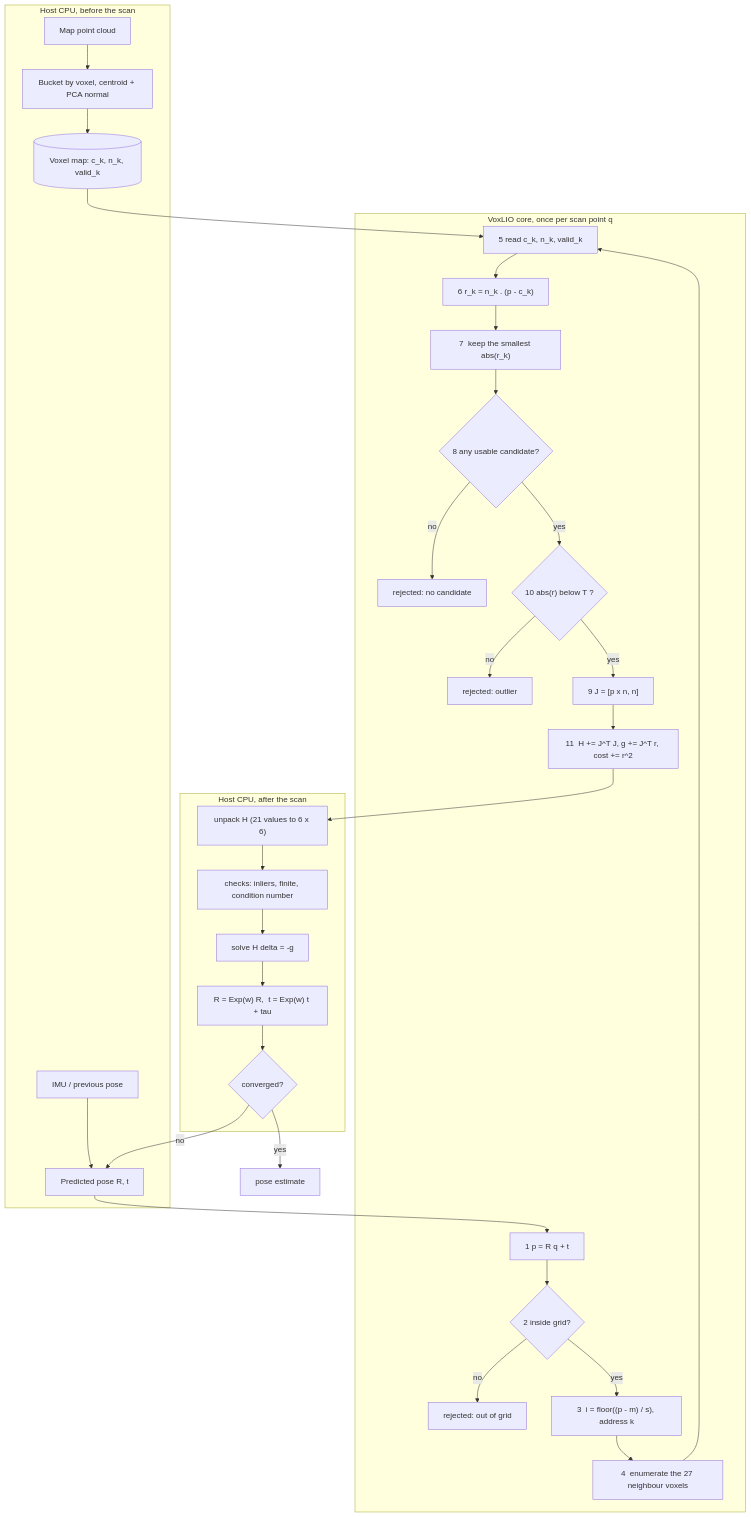
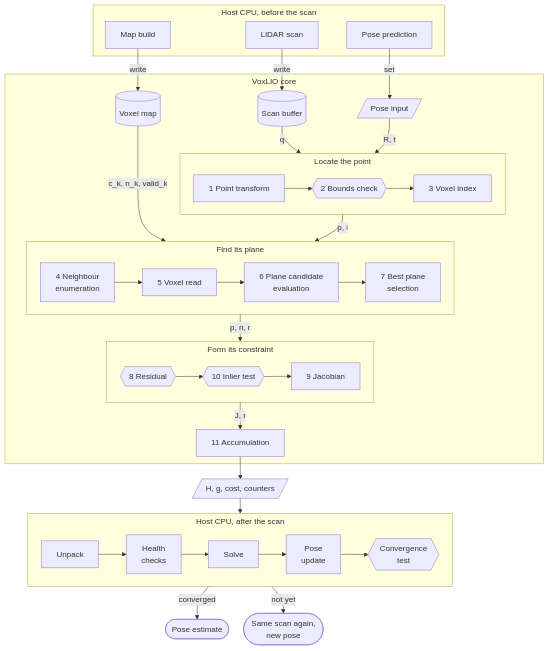
One commit to HengkerGila/VoxLIO_hackathon changed the diagram in docs/mathematics.md. Above: the diagram before and after it, drawn with Mermaid. The commit also changed other lines of this file and 1 other file, not shown here.

````diff
--- a/docs/mathematics.md
+++ b/docs/mathematics.md
@@ -9,37 +9,52 @@
 ```mermaid
+%%{init: {"flowchart": {"nodeSpacing": 30, "rankSpacing": 30, "subGraphTitleMargin": {"top": 4, "bottom": 14}}}}%%
 flowchart TD
+    %% Layout rules (they keep the rows horizontal on Mermaid 10 to 12):
+    %% link a row only as a whole box, and only to its neighbours inside the
+    %% same parent box; cross a box border only between plain nodes; no
+    %% arrow may loop back.
     subgraph BEFORE["Host CPU, before the scan"]
-        A1["Map point cloud"] --> A2["Bucket by voxel, centroid + PCA normal"]
-        A2 --> A3[("Voxel map: c_k, n_k, valid_k")]
-        A4["IMU / previous pose"] --> A5["Predicted pose R, t"]
+        MAP["Map build"]
+        SCAN["LiDAR scan"]
+        POSE["Pose prediction"]
     end
 
-    subgraph CORE["VoxLIO core, once per scan point q"]
-        B1["1  p = R q + t"] --> B2{"2  inside grid?"}
-        B2 -- no --> X1["rejected: out of grid"]
-        B2 -- yes --> B3["3  i = floor((p - m) / s), address k"]
-        B3 --> B4["4  enumerate the 27 neighbour voxels"]
-        B4 --> B5["5  read c_k, n_k, valid_k"]
-        B5 --> B6["6  r_k = n_k . (p - c_k)"]
-        B6 --> B7["7  keep the smallest abs(r_k)"]
-        B7 --> B8{"8  any usable candidate?"}
-        B8 -- no --> X2["rejected: no candidate"]
-        B8 -- yes --> B10{"10  abs(r) below T ?"}
-        B10 -- no --> X3["rejected: outlier"]
-        B10 -- yes --> B9["9  J = [p x n, n]"]
-        B9 --> B11["11  H += J^T J, g += J^T r, cost += r^2"]
+    subgraph CORE["VoxLIO core"]
+        VM[("Voxel map")]
+        SB[("Scan buffer")]
+        PIN[/"Pose input"/]
+        subgraph LOCATE["Locate the point"]
+            direction LR
+            S1["1 Point transform"] --> S2{{"2 Bounds check"}} --> S3["3 Voxel index"]
+        end
+        subgraph SEARCH["Find its plane"]
+            direction LR
+            S4["4 Neighbour<br/>enumeration"] --> S5["5 Voxel read"] --> S6["6 Plane candidate<br/>evaluation"] --> S7["7 Best plane<br/>selection"]
+        end
+        subgraph CONSTRAINT["Form its constraint"]
+            direction LR
+            S8{{"8 Residual"}} --> S10{{"10 Inlier test"}} --> S9["9 Jacobian"]
+        end
+        S11["11 Accumulation"]
+        SB -- "q" --> LOCATE
+        PIN -- "R, t" --> LOCATE
+        VM -- "c_k, n_k, valid_k" --> SEARCH
+        LOCATE -- "p, i" --> SEARCH
+        SEARCH -- "p, n, r" --> CONSTRAINT
+        CONSTRAINT -- "J, r" --> S11
     end
 
+    OUT[/"H, g, cost, counters"/]
+
     subgraph AFTER["Host CPU, after the scan"]
-        C1["unpack H (21 values to 6 x 6)"] --> C2["checks: inliers, finite, condition number"]
-        C2 --> C3["solve H delta = -g"]
-        C3 --> C4["R = Exp(w) R,  t = Exp(w) t + tau"]
-        C4 --> C5{"converged?"}
+        direction LR
+        U["Unpack"] --> HC["Health<br/>checks"] --> SV["Solve"] --> PU["Pose<br/>update"] --> CT{{"Convergence<br/>test"}}
     end
 
-    A3 --> B5
-    A5 --> B1
-    B11 --> C1
-    C5 -- no --> A5
-    C5 -- yes --> C6["pose estimate"]
+    MAP -- write --> VM
+    SCAN -- write --> SB
+    POSE -- set --> PIN
+    S11 --> OUT --> AFTER
+    AFTER -- converged --> EST(["Pose estimate"])
+    AFTER -- not yet --> AGAIN(["Same scan again,<br/>new pose"])
 ```
````
